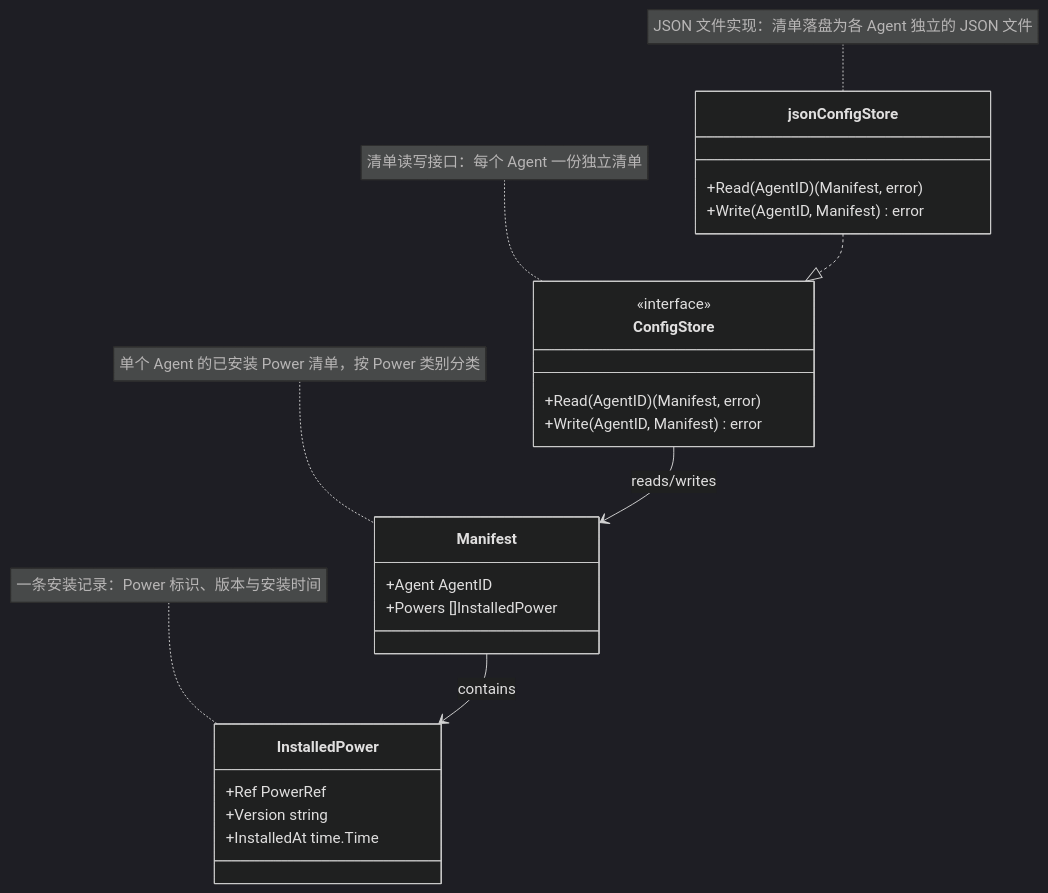
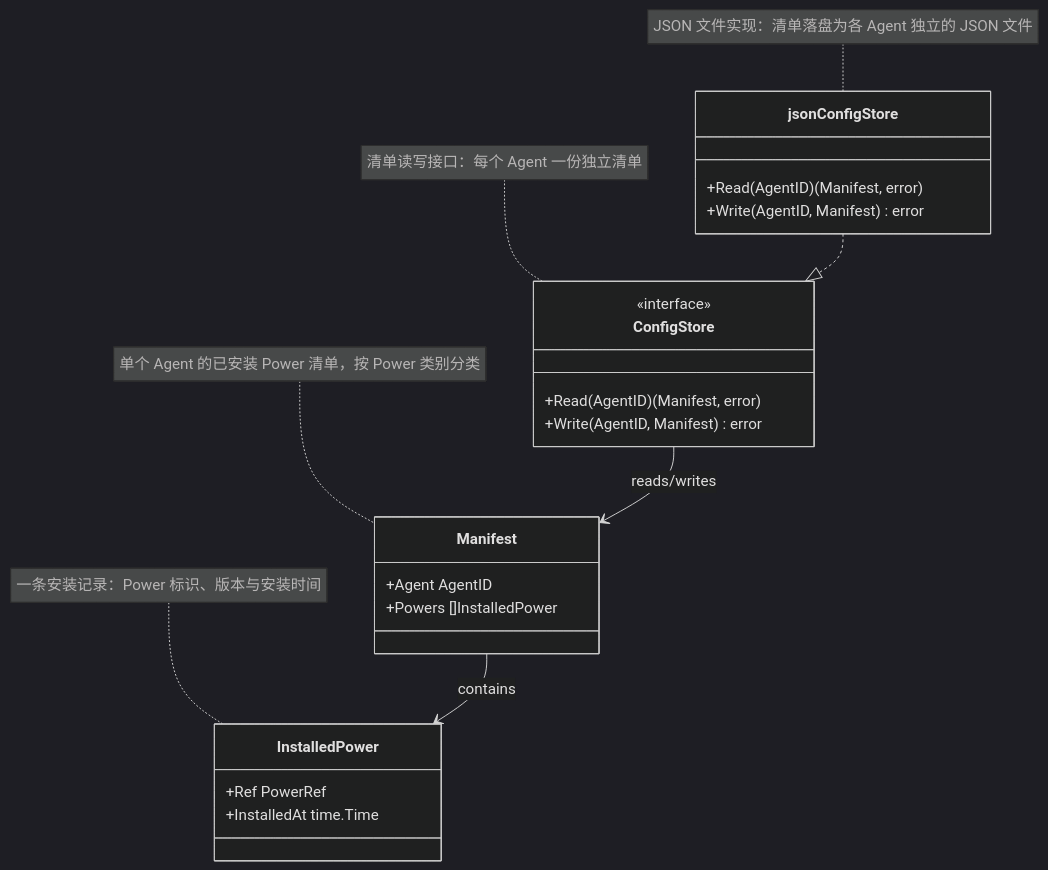
One commit to spacemit-com/agent-power-manager changed the diagram in ivory-tower/c4/components/apm-cli-diagrams/config-model.mmd. Above: the diagram before and after it, drawn with Mermaid (dark theme). The commit also changed 13 other files, not shown here.

```diff
--- a/ivory-tower/c4/components/apm-cli-diagrams/config-model.mmd
+++ b/ivory-tower/c4/components/apm-cli-diagrams/config-model.mmd
@@ -1,30 +1,29 @@
 classDiagram
     note for ConfigStore "清单读写接口：每个 Agent 一份独立清单"
     class ConfigStore {
         <<interface>>
         +Read(AgentID) (Manifest, error)
         +Write(AgentID, Manifest) error
     }
 
     note for Manifest "单个 Agent 的已安装 Power 清单，按 Power 类别分类"
     class Manifest {
         +Agent AgentID
         +Powers []InstalledPower
     }
 
     note for InstalledPower "一条安装记录：Power 标识、版本与安装时间"
     class InstalledPower {
         +Ref PowerRef
-        +Version string
         +InstalledAt time.Time
     }
 
     note for jsonConfigStore "JSON 文件实现：清单落盘为各 Agent 独立的 JSON 文件"
     class jsonConfigStore {
         +Read(AgentID) (Manifest, error)
         +Write(AgentID, Manifest) error
     }
 
     jsonConfigStore ..|> ConfigStore
     ConfigStore --> Manifest : reads/writes
     Manifest --> InstalledPower : contains
```
